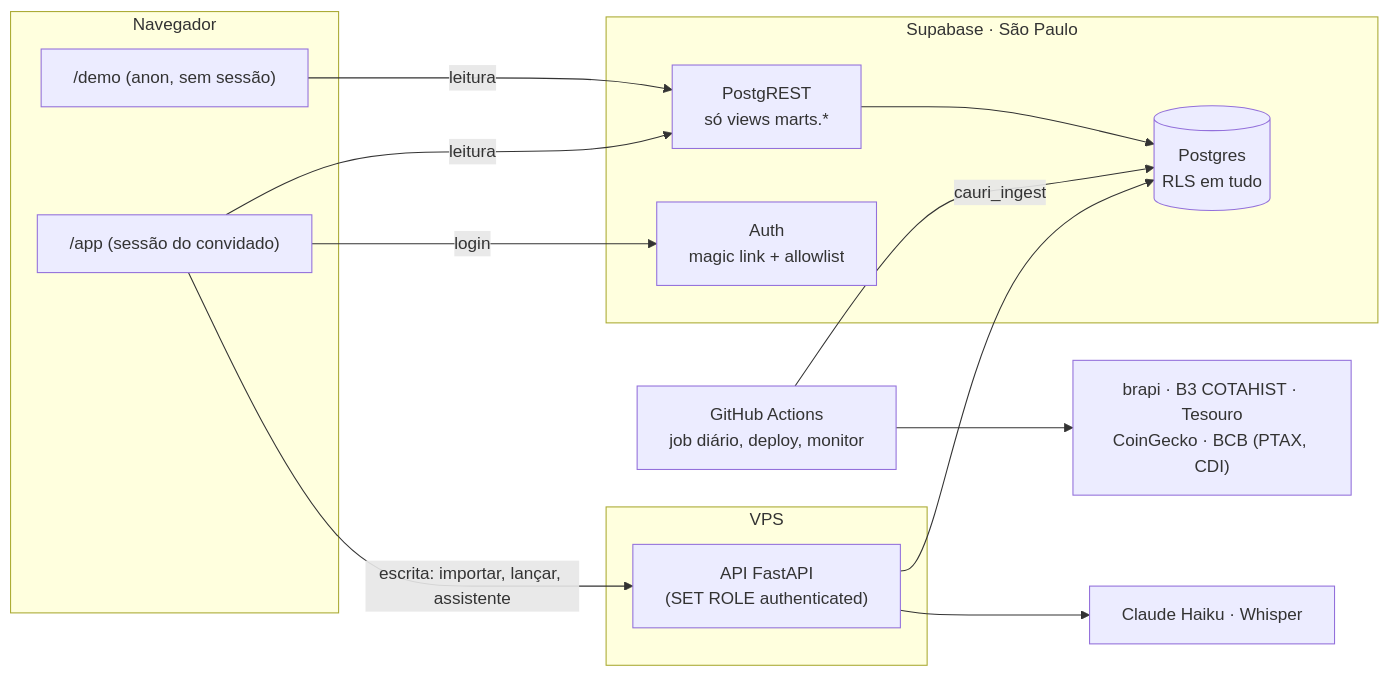
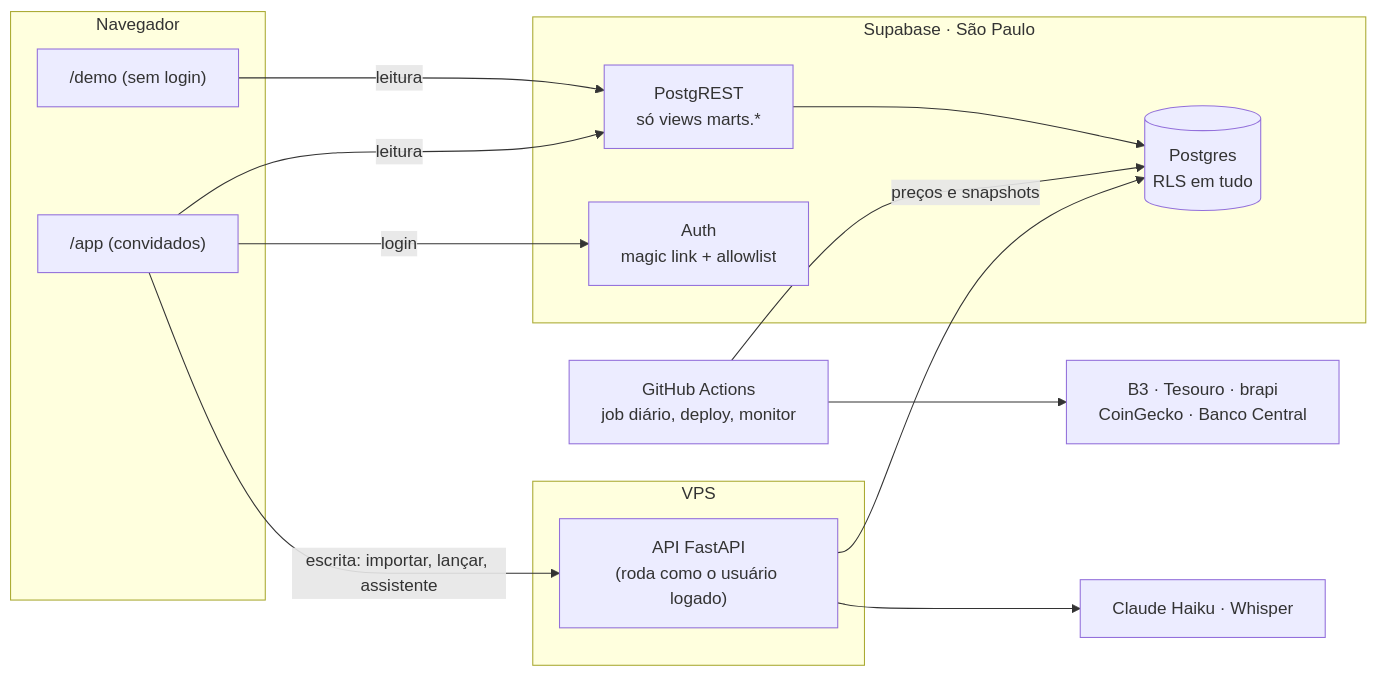
The diagram in README.md (gl-dias/Cauri), drawn with Mermaid before and after one commit. The commit also changed other lines of this file and 1 other file, not shown here.

````diff
--- a/README.md
+++ b/README.md
@@ -40,28 +65,28 @@
 ```mermaid
 flowchart LR
   subgraph Navegador
-    D["/demo (anon, sem sessão)"]
-    A["/app (sessão do convidado)"]
+    D["/demo (sem login)"]
+    A["/app (convidados)"]
   end
   subgraph Supabase["Supabase · São Paulo"]
     PR["PostgREST<br/>só views marts.*"]
     AU["Auth<br/>magic link + allowlist"]
     PG[("Postgres<br/>RLS em tudo")]
   end
   subgraph VPS
-    API["API FastAPI<br/>(SET ROLE authenticated)"]
+    API["API FastAPI<br/>(roda como o usuário logado)"]
   end
   GH["GitHub Actions<br/>job diário, deploy, monitor"]
-  EXT["brapi · B3 COTAHIST · Tesouro<br/>CoinGecko · BCB (PTAX, CDI)"]
+  EXT["B3 · Tesouro · brapi<br/>CoinGecko · Banco Central"]
   LLM["Claude Haiku · Whisper"]
 
   D -->|leitura| PR
   A -->|leitura| PR
   A -->|login| AU
   A -->|escrita: importar, lançar, assistente| API
   PR --> PG
   API --> PG
   API --> LLM
   GH --> EXT
-  GH -->|cauri_ingest| PG
+  GH -->|preços e snapshots| PG
 ```
````
